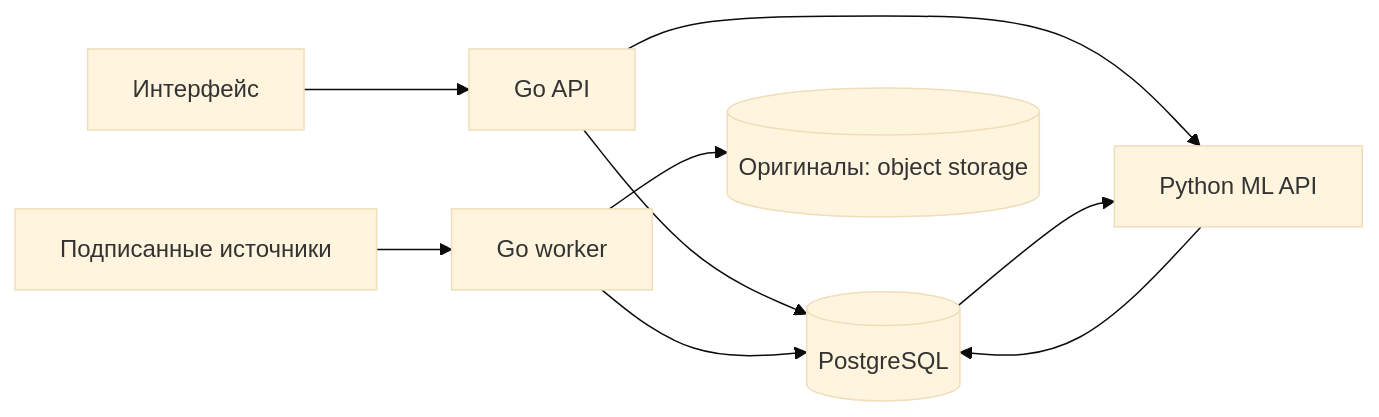
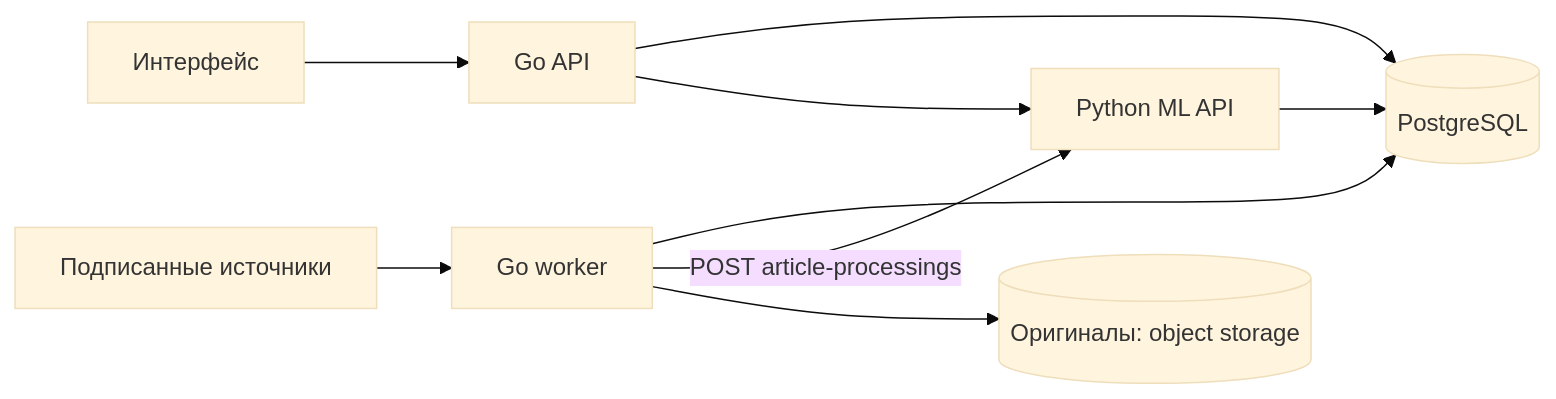
Before and after one commit to alfa-hackaton-team/burmalda: the diagram in docs/rfc/0003-backend-architecture.md, drawn with Mermaid (base theme). The commit also changed other lines of this file, not shown here.

````diff
--- a/docs/rfc/0003-backend-architecture.md
+++ b/docs/rfc/0003-backend-architecture.md
@@ -37,11 +37,11 @@
 ```mermaid
 flowchart LR
   UI[Интерфейс] --> API[Go API]
   API --> DB[(PostgreSQL)]
   API --> ML[Python ML API]
   SRC[Подписанные источники] --> W[Go worker]
   W --> DB
+  W -->|POST article-processings| ML
   W --> OBJ[(Оригиналы: object storage)]
-  DB --> ML
   ML --> DB
 ```
````
